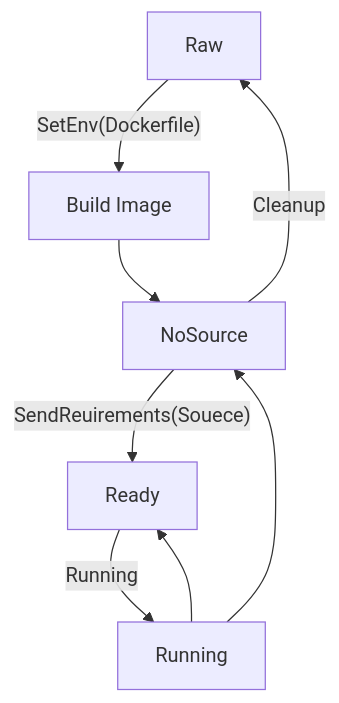
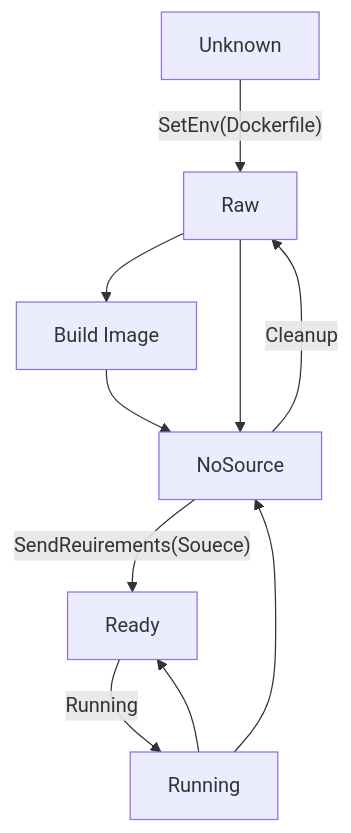
The diagram in docs/WORKER_DESIGN.md (Kidr1cE/Alcoj), drawn with Mermaid before and after one commit. The commit also changed other lines of this file and 8 other files, not shown here.

````diff
--- a/docs/WORKER_DESIGN.md
+++ b/docs/WORKER_DESIGN.md
@@ -26,10 +26,12 @@
 ```mermaid
 flowchart TD
-    Raw[Raw]--SetEnv(Dockerfile)--> Building[Build Image]
+    Unknown[Unknown] --SetEnv(Dockerfile)-->Raw
+    Raw[Raw]--> Building[Build Image]
     Building-->NoSource[NoSource]
+    Raw-->NoSource
     NoSource--Cleanup-->Raw
     NoSource--SendReuirements(Souece)-->Ready[Ready]
     Ready--Running-->Running[Running]
     Running-->Ready
     Running-->NoSource
 ```
````
